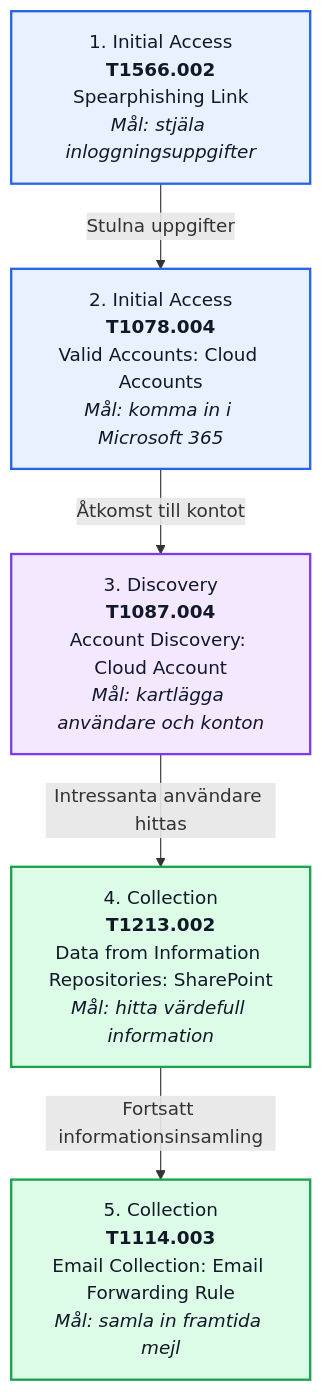
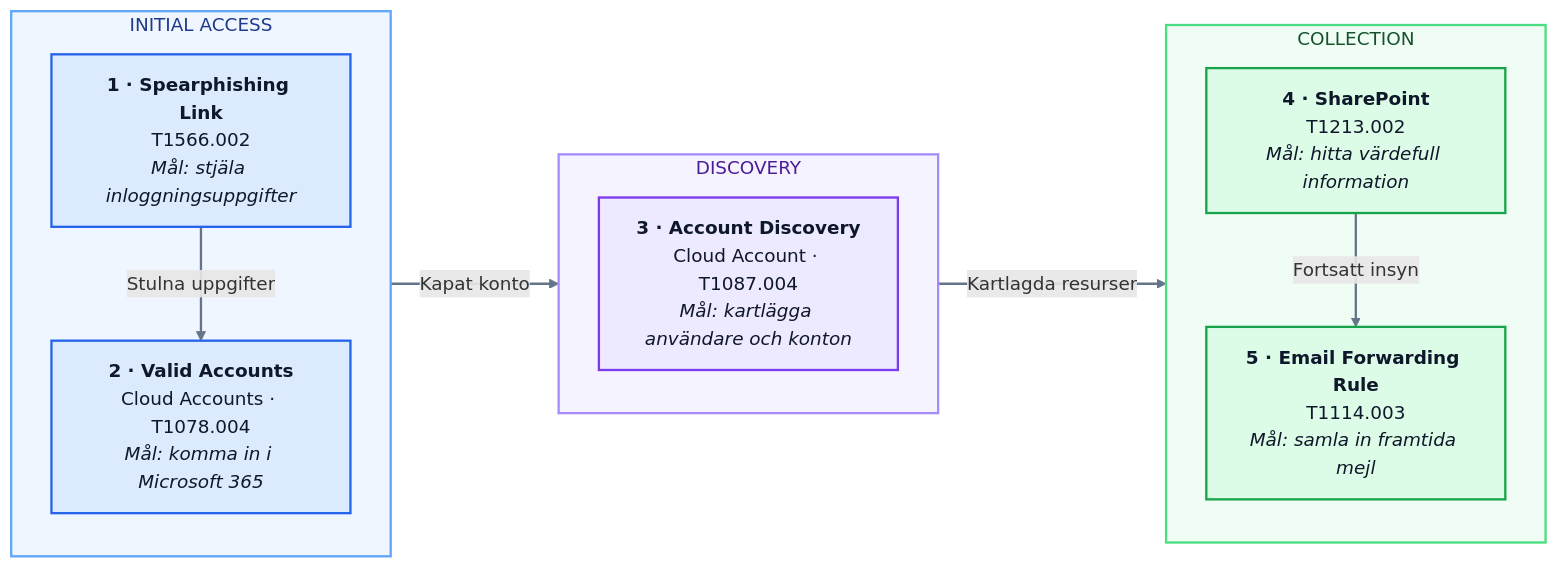
One commit to Kurs6-Projekt/itsx25-kurs6-grupp3 changed the diagram in docs/workshop-2-hotanalys.md. Above: the diagram before and after it, drawn with Mermaid. The commit also changed other lines of this file, not shown here.

Commit message:
Improve MITRE ATT&CK diagram layout

````diff
--- a/docs/workshop-2-hotanalys.md
+++ b/docs/workshop-2-hotanalys.md
@@ -25,20 +25,36 @@
 ```mermaid
-flowchart TD
-    A["1. Initial Access<br/><b>T1566.002</b><br/>Spearphishing Link<br/><i>Mål: stjäla inloggningsuppgifter</i>"]
-    B["2. Initial Access<br/><b>T1078.004</b><br/>Valid Accounts: Cloud Accounts<br/><i>Mål: komma in i Microsoft 365</i>"]
-    C["3. Discovery<br/><b>T1087.004</b><br/>Account Discovery: Cloud Account<br/><i>Mål: kartlägga användare och konton</i>"]
-    D["4. Collection<br/><b>T1213.002</b><br/>Data from Information Repositories: SharePoint<br/><i>Mål: hitta värdefull information</i>"]
-    E["5. Collection<br/><b>T1114.003</b><br/>Email Collection: Email Forwarding Rule<br/><i>Mål: samla in framtida mejl</i>"]
+flowchart LR
+    subgraph IA["INITIAL ACCESS"]
+        direction TB
+        A["<b>1 · Spearphishing Link</b><br/>T1566.002<br/><i>Mål: stjäla inloggningsuppgifter</i>"]
+        B["<b>2 · Valid Accounts</b><br/>Cloud Accounts · T1078.004<br/><i>Mål: komma in i Microsoft 365</i>"]
+    end
+
+    subgraph DI["DISCOVERY"]
+        direction TB
+        C["<b>3 · Account Discovery</b><br/>Cloud Account · T1087.004<br/><i>Mål: kartlägga användare och konton</i>"]
+    end
+
+    subgraph CO["COLLECTION"]
+        direction TB
+        D["<b>4 · SharePoint</b><br/>T1213.002<br/><i>Mål: hitta värdefull information</i>"]
+        E["<b>5 · Email Forwarding Rule</b><br/>T1114.003<br/><i>Mål: samla in framtida mejl</i>"]
+    end
 
     A -->|Stulna uppgifter| B
-    B -->|Åtkomst till kontot| C
-    C -->|Intressanta användare hittas| D
-    D -->|Fortsatt informationsinsamling| E
+    B -->|Kapat konto| C
+    C -->|Kartlagda resurser| D
+    D -->|Fortsatt insyn| E
 
-    classDef initial fill:#e8f1ff,stroke:#2563eb,color:#111827,stroke-width:2px;
-    classDef discovery fill:#f3e8ff,stroke:#7c3aed,color:#111827,stroke-width:2px;
-    classDef collection fill:#dcfce7,stroke:#16a34a,color:#111827,stroke-width:2px;
+    classDef initial fill:#dbeafe,stroke:#2563eb,color:#0f172a,stroke-width:2px;
+    classDef discovery fill:#ede9fe,stroke:#7c3aed,color:#0f172a,stroke-width:2px;
+    classDef collection fill:#dcfce7,stroke:#16a34a,color:#0f172a,stroke-width:2px;
     class A,B initial;
     class C discovery;
     class D,E collection;
+
+    style IA fill:#eff6ff,stroke:#60a5fa,stroke-width:2px,color:#1e3a8a;
+    style DI fill:#f5f3ff,stroke:#a78bfa,stroke-width:2px,color:#4c1d95;
+    style CO fill:#f0fdf4,stroke:#4ade80,stroke-width:2px,color:#14532d;
+    linkStyle default stroke:#64748b,stroke-width:2px;
 ```
````
